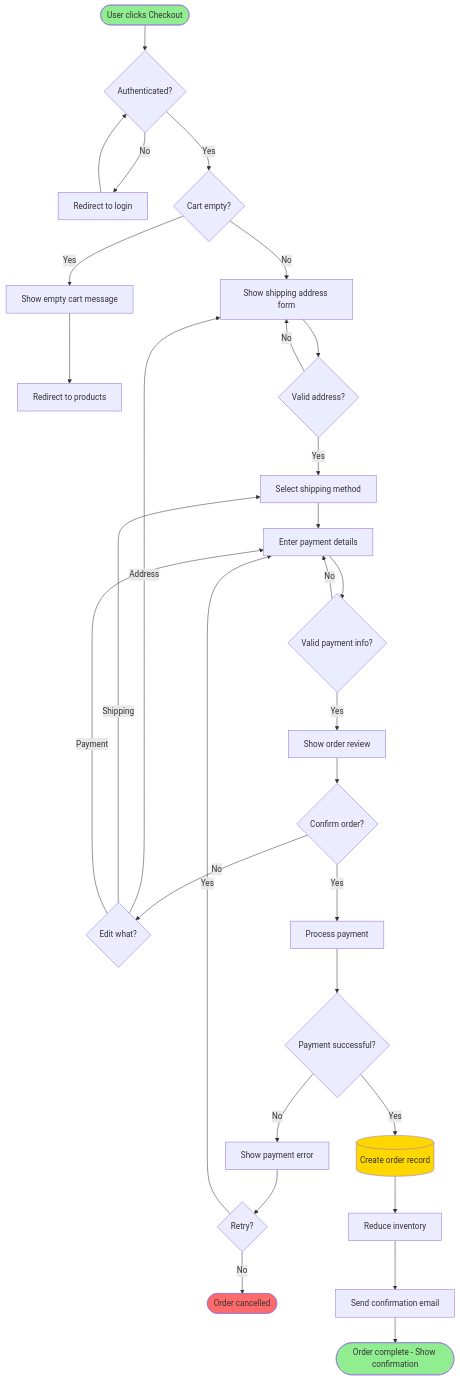
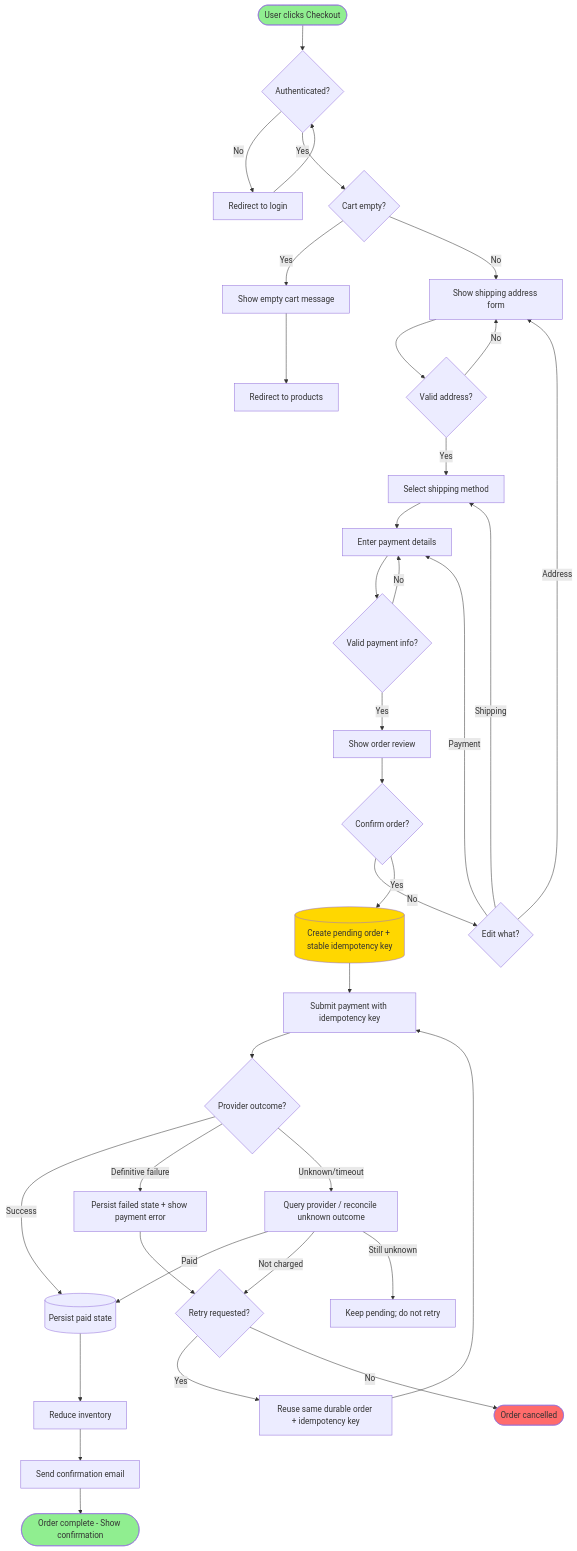
One commit to amoai-tech/mdeai changed diagram 29 of 34 in .claude/skills/mermaid-diagrams/references/flowcharts.md. Above: the diagram before and after it, drawn with Mermaid. The commit also changed 11 other files, not shown here.

````diff
--- a/.claude/skills/mermaid-diagrams/references/flowcharts.md
+++ b/.claude/skills/mermaid-diagrams/references/flowcharts.md
@@ -316,46 +316,53 @@
 ```mermaid
 flowchart TD
     Start([User clicks Checkout]) --> Auth{Authenticated?}
 
     Auth -->|No| Login[Redirect to login]
     Login --> Auth
 
     Auth -->|Yes| Cart{Cart empty?}
     Cart -->|Yes| EmptyCart[Show empty cart message]
     EmptyCart --> Browse[Redirect to products]
 
     Cart -->|No| Address[Show shipping address form]
     Address --> ValidateAddr{Valid address?}
     ValidateAddr -->|No| Address
     ValidateAddr -->|Yes| Shipping[Select shipping method]
 
     Shipping --> Payment[Enter payment details]
     Payment --> ValidatePayment{Valid payment info?}
     ValidatePayment -->|No| Payment
 
     ValidatePayment -->|Yes| Review[Show order review]
     Review --> Confirm{Confirm order?}
 
     Confirm -->|No| Edit{Edit what?}
     Edit -->|Address| Address
     Edit -->|Shipping| Shipping
     Edit -->|Payment| Payment
 
-    Confirm -->|Yes| ProcessPayment[Process payment]
-    ProcessPayment --> PaymentResult{Payment successful?}
+    Confirm -->|Yes| CreateOrder[(Create pending order + stable idempotency key)]
+    CreateOrder --> ProcessPayment[Submit payment with idempotency key]
+    ProcessPayment --> PaymentResult{Provider outcome?}
 
-    PaymentResult -->|No| PaymentError[Show payment error]
-    PaymentError --> RetryPayment{Retry?}
-    RetryPayment -->|Yes| Payment
+    PaymentResult -->|Success| MarkPaid[(Persist paid state)]
+    MarkPaid --> ReduceStock[Reduce inventory]
+    ReduceStock --> SendConfirmation[Send confirmation email]
+    SendConfirmation --> Success([Order complete - Show confirmation])
+
+    PaymentResult -->|Definitive failure| PaymentError[Persist failed state + show payment error]
+    PaymentError --> RetryPayment{Retry requested?}
+    RetryPayment -->|Yes| ReuseKey[Reuse same durable order + idempotency key]
+    ReuseKey --> ProcessPayment
     RetryPayment -->|No| Cancel([Order cancelled])
 
-    PaymentResult -->|Yes| CreateOrder[(Create order record)]
-    CreateOrder --> ReduceStock[Reduce inventory]
-    ReduceStock --> SendConfirmation[Send confirmation email]
-    SendConfirmation --> Success([Order complete - Show confirmation])
+    PaymentResult -->|Unknown/timeout| Reconcile[Query provider / reconcile unknown outcome]
+    Reconcile -->|Paid| MarkPaid
+    Reconcile -->|Not charged| RetryPayment
+    Reconcile -->|Still unknown| Hold[Keep pending; do not retry]
 
     style Start fill:#90EE90
     style Success fill:#90EE90
     style Cancel fill:#FF6B6B
     style CreateOrder fill:#FFD700
 ```
````
